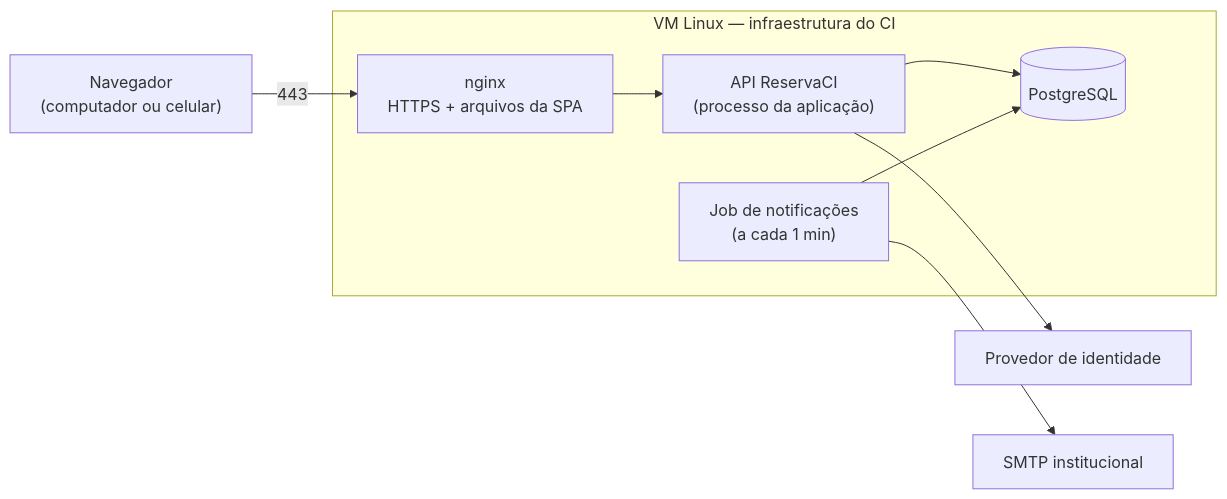
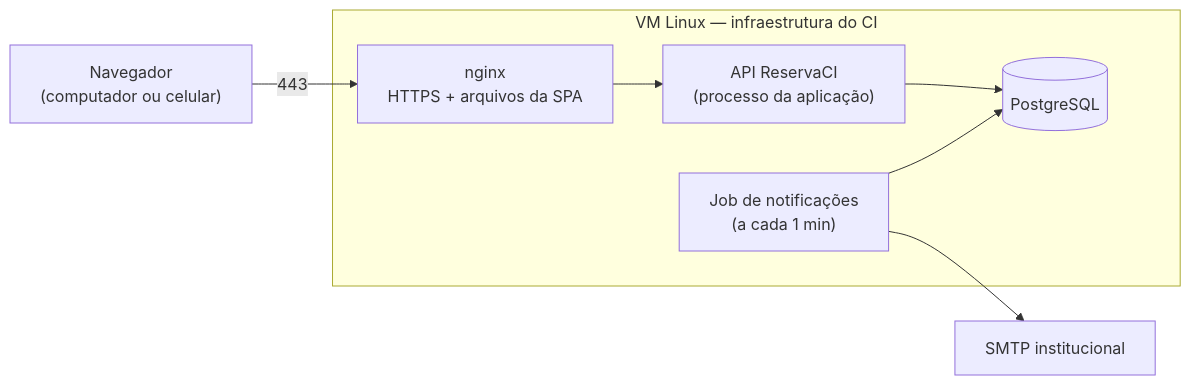
Before and after one commit to rkulesza/mps-modelo: the third of 3 diagrams in docs/07-arquitetura/README.md, drawn with Mermaid. The commit also changed other lines of this file and 16 other files, not shown here.

````diff
--- a/docs/07-arquitetura/README.md
+++ b/docs/07-arquitetura/README.md
@@ -52,17 +50,15 @@
 ```mermaid
 flowchart LR
     browser["Navegador<br/>(computador ou celular)"]
     subgraph vm["VM Linux — infraestrutura do CI"]
         nginx["nginx<br/>HTTPS + arquivos da SPA"]
         app["API ReservaCI<br/>(processo da aplicação)"]
         job["Job de notificações<br/>(a cada 1 min)"]
         pg[("PostgreSQL")]
     end
-    idp["Provedor de identidade"]
     smtp["SMTP institucional"]
 
     browser -->|443| nginx --> app --> pg
     job --> pg
     job --> smtp
-    app --> idp
 ```
````
